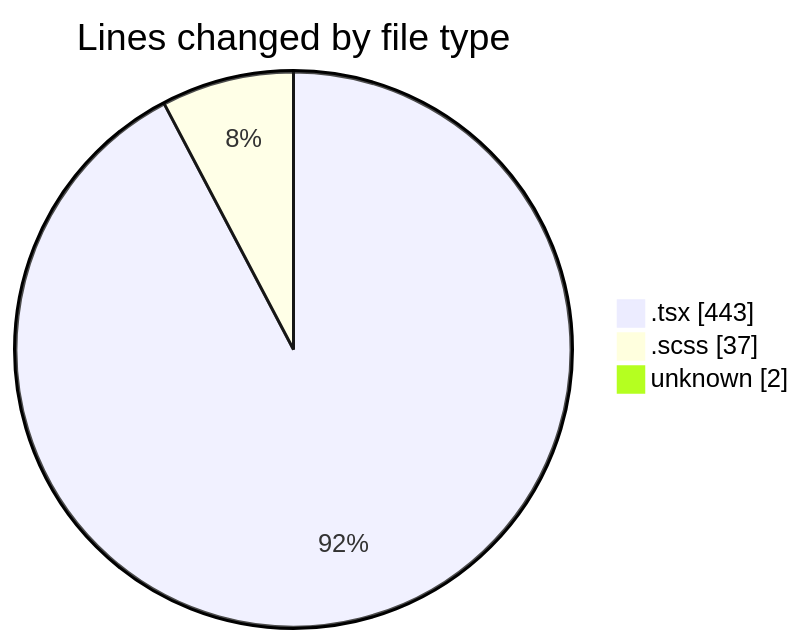
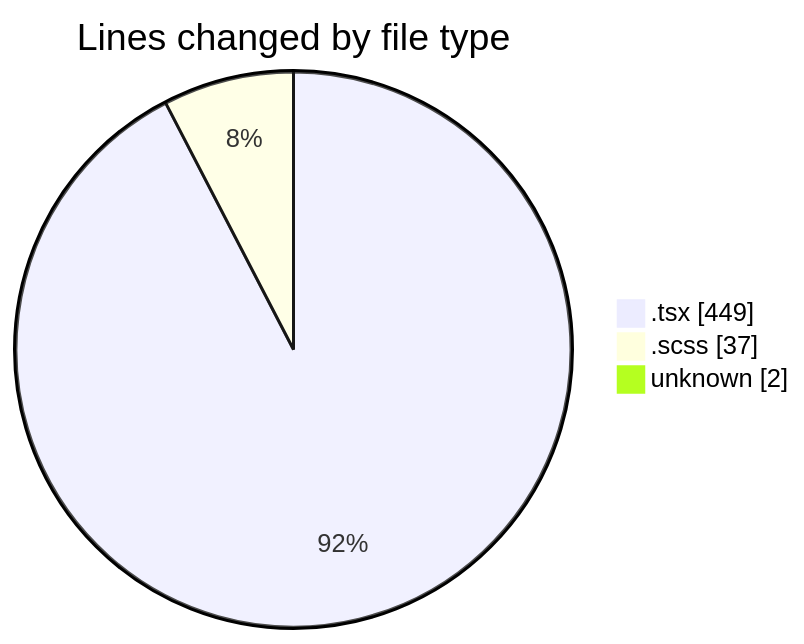
One commit to momahboobian/code-tracking changed the first of 2 diagrams in 2025-02-13/cda/README.md. Above: the diagram before and after it, drawn with Mermaid. The commit also changed other lines of this file and 1 other file, not shown here.

````diff
--- a/2025-02-13/cda/README.md
+++ b/2025-02-13/cda/README.md
@@ -28,7 +28,7 @@
 ```mermaid
 pie showData
 title Lines changed by file type
-".tsx" : 443
+".tsx" : 449
 ".scss" : 37
 "unknown" : 2
 ```
````
